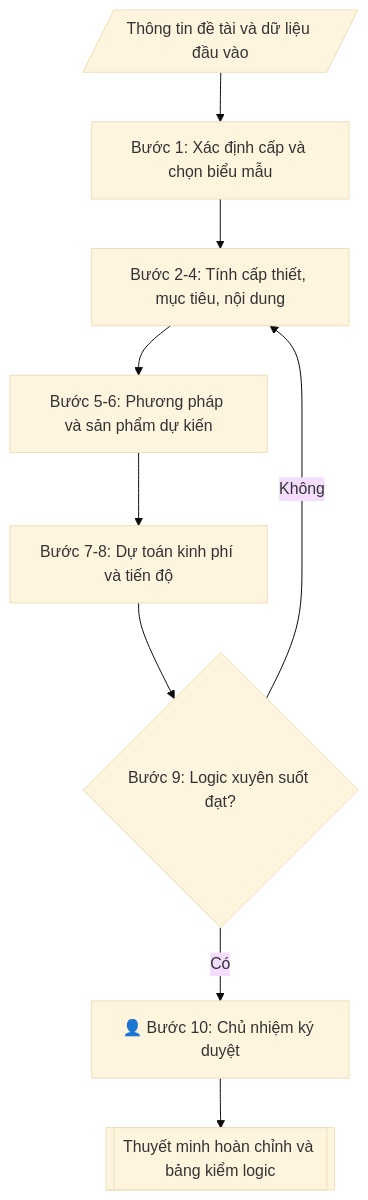
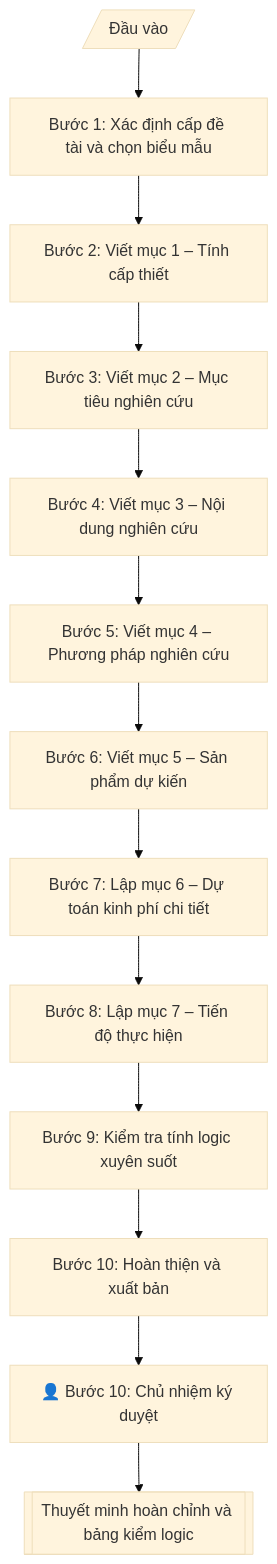
Before and after one commit to phamtruong91/dh-skills: the diagram in skills/thuyet-minh-de-tai-nckh/SKILL.md, drawn with Mermaid (base theme). The commit also changed 124 other files, not shown here.

````diff
--- a/skills/thuyet-minh-de-tai-nckh/SKILL.md
+++ b/skills/thuyet-minh-de-tai-nckh/SKILL.md
@@ -122,11 +122,15 @@
 ```mermaid
 flowchart TD
-    IN[/Thông tin đề tài và dữ liệu đầu vào/] --> A["Bước 1: Xác định cấp và chọn biểu mẫu"]
-    A --> B["Bước 2-4: Tính cấp thiết, mục tiêu, nội dung"]
-    B --> C["Bước 5-6: Phương pháp và sản phẩm dự kiến"]
-    C --> D["Bước 7-8: Dự toán kinh phí và tiến độ"]
-    D --> E{"Bước 9: Logic xuyên suốt đạt?"}
-    E -->|Không| B
-    E -->|Có| HG["👤 Bước 10: Chủ nhiệm ký duyệt"]
+    IN[/"Đầu vào"/] --> B1["Bước 1: Xác định cấp đề tài và chọn biểu mẫu"]
+    B1 --> B2["Bước 2: Viết mục 1 – Tính cấp thiết"]
+    B2 --> B3["Bước 3: Viết mục 2 – Mục tiêu nghiên cứu"]
+    B3 --> B4["Bước 4: Viết mục 3 – Nội dung nghiên cứu"]
+    B4 --> B5["Bước 5: Viết mục 4 – Phương pháp nghiên cứu"]
+    B5 --> B6["Bước 6: Viết mục 5 – Sản phẩm dự kiến"]
+    B6 --> B7["Bước 7: Lập mục 6 – Dự toán kinh phí chi tiết"]
+    B7 --> B8["Bước 8: Lập mục 7 – Tiến độ thực hiện"]
+    B8 --> B9["Bước 9: Kiểm tra tính logic xuyên suốt"]
+    B9 --> B10["Bước 10: Hoàn thiện và xuất bản"]
+    B10 --> HG["👤 Bước 10: Chủ nhiệm ký duyệt"]
     HG --> OUT[["Thuyết minh hoàn chỉnh và bảng kiểm logic"]]
 ```
````
